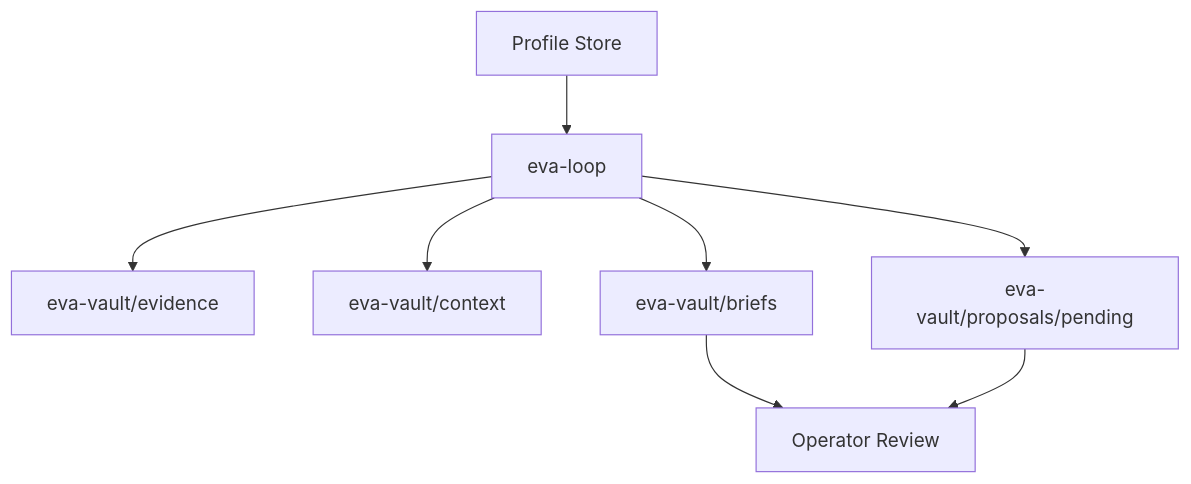
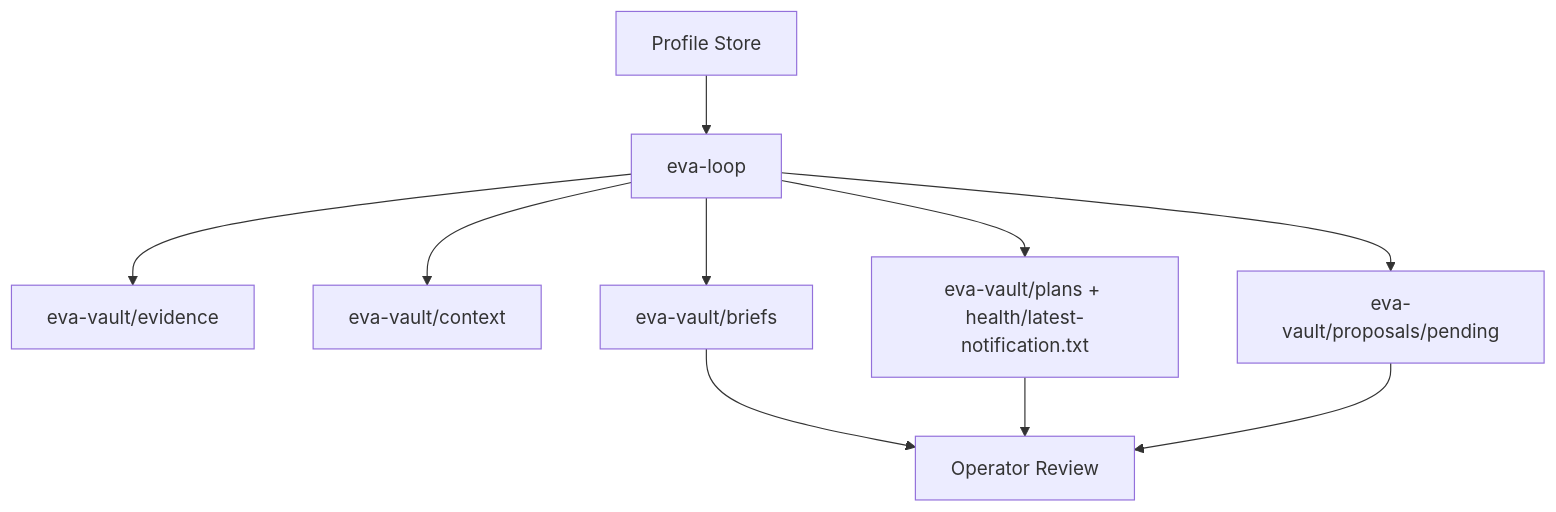
One commit to stefan-mcf/eva changed the second of 2 diagrams in docs/architecture.md. Above: the diagram before and after it, drawn with Mermaid. The commit also changed other lines of this file and 21 other files, not shown here.

Commit message:
feat: add EVA remediation plans and notifications

````diff
--- a/docs/architecture.md
+++ b/docs/architecture.md
@@ -67,10 +69,12 @@
 ```mermaid
 flowchart TD
   P[Profile Store] --> L[eva-loop]
   L --> E[eva-vault/evidence]
   L --> C[eva-vault/context]
   L --> R[eva-vault/proposals/pending]
   L --> B[eva-vault/briefs]
+  L --> N[eva-vault/plans + health/latest-notification.txt]
   B --> O[Operator Review]
+  N --> O
   R --> O
 ```
````
